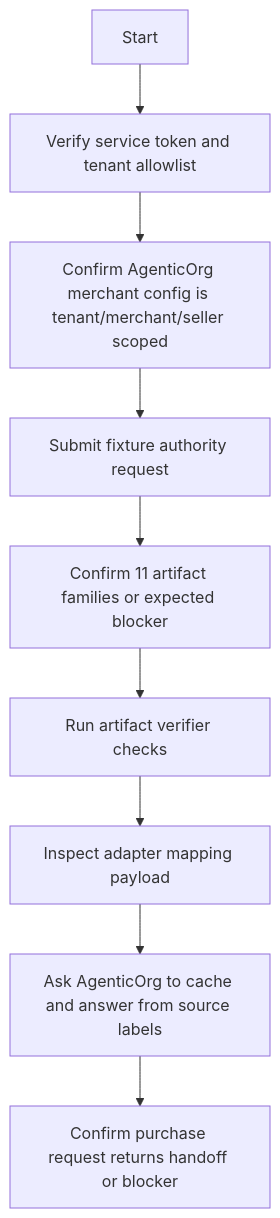
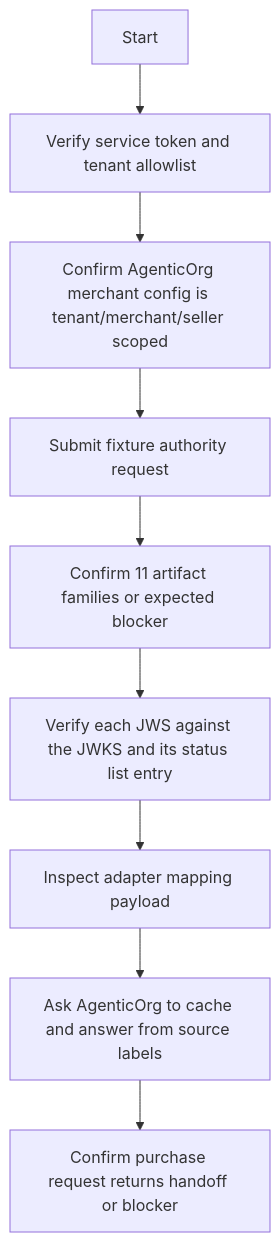
One commit to mishrasanjeev/grantex changed the diagram in docs/guides/oacp/operator-runbook.mdx. Above: the diagram before and after it, drawn with Mermaid. The commit also changed other lines of this file and 33 other files, not shown here.

````diff
--- a/docs/guides/oacp/operator-runbook.mdx
+++ b/docs/guides/oacp/operator-runbook.mdx
@@ -22,11 +37,11 @@
 ```mermaid
 flowchart TD
   start[Start] --> token[Verify service token and tenant allowlist]
   token --> config[Confirm AgenticOrg merchant config is tenant/merchant/seller scoped]
   config --> request[Submit fixture authority request]
   request --> artifact[Confirm 11 artifact families or expected blocker]
-  artifact --> verify[Run artifact verifier checks]
+  artifact --> verify[Verify each JWS against the JWKS and its status list entry]
   verify --> adapters[Inspect adapter mapping payload]
   adapters --> cache[Ask AgenticOrg to cache and answer from source labels]
   cache --> purchase[Confirm purchase request returns handoff or blocker]
 ```
````
